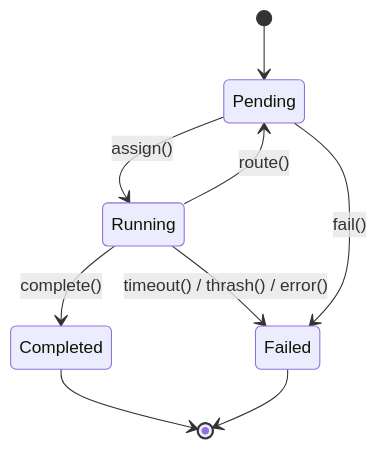
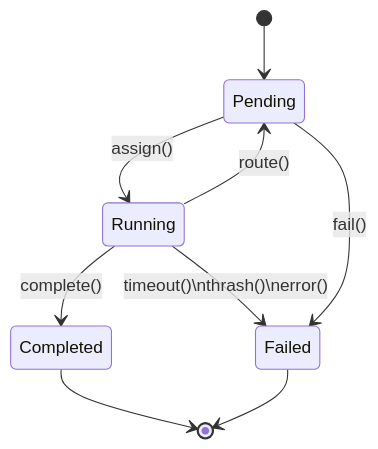
One commit to really-knows-ai/gideas changed the first of 3 diagrams in 01-concepts/02-data-model.md. Above: the diagram before and after it, drawn with Mermaid. The commit also changed other lines of this file and 3 other files, not shown here.

First line of the commit message:
Refactor architecture documentation and governance flow details

````diff
--- a/01-concepts/02-data-model.md
+++ b/01-concepts/02-data-model.md
@@ -61,11 +61,11 @@
 ```mermaid
 stateDiagram-v2
     [*] --> Pending
     Pending --> Running : assign()
     Running --> Pending : route()
     Running --> Completed : complete()
-    Running --> Failed : timeout() / thrash() / error()
+    Running --> Failed : timeout()\nthrash()\nerror()
     Pending --> Failed : fail()
     Completed --> [*]
     Failed --> [*]
 ```
````
